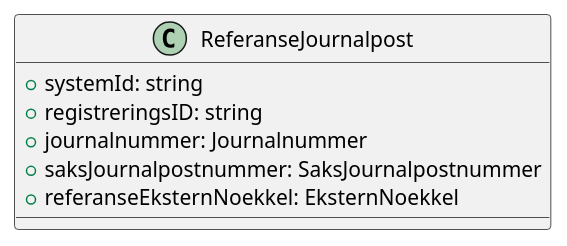
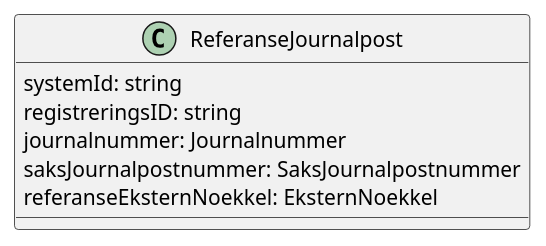
Before and after one commit to ks-no/fiks-saksfaser-specification: the diagram in Dokumentasjon/V1/ClassDiagrams/no.ks.fiks.saksfaser.v1.felles.referansejournalpost/classdiagram.pu, drawn with PlantUML. The commit also changed 13 other files, not shown here.

```diff
--- a/Dokumentasjon/V1/ClassDiagrams/no.ks.fiks.saksfaser.v1.felles.referansejournalpost/classdiagram.pu
+++ b/Dokumentasjon/V1/ClassDiagrams/no.ks.fiks.saksfaser.v1.felles.referansejournalpost/classdiagram.pu
@@ -1,11 +1,11 @@
 @startuml
 
 class ReferanseJournalpost {
-    +systemId: string
-    +registreringsID: string
-    +journalnummer: Journalnummer
-    +saksJournalpostnummer: SaksJournalpostnummer
-    +referanseEksternNoekkel: EksternNoekkel
+    systemId: string
+    registreringsID: string
+    journalnummer: Journalnummer
+    saksJournalpostnummer: SaksJournalpostnummer
+    referanseEksternNoekkel: EksternNoekkel
 }
 
 @enduml
```
